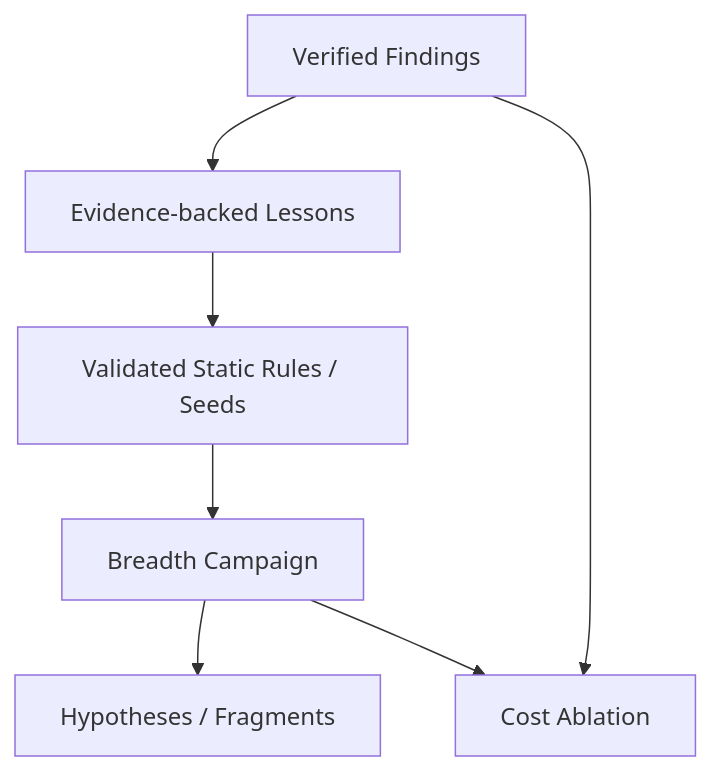
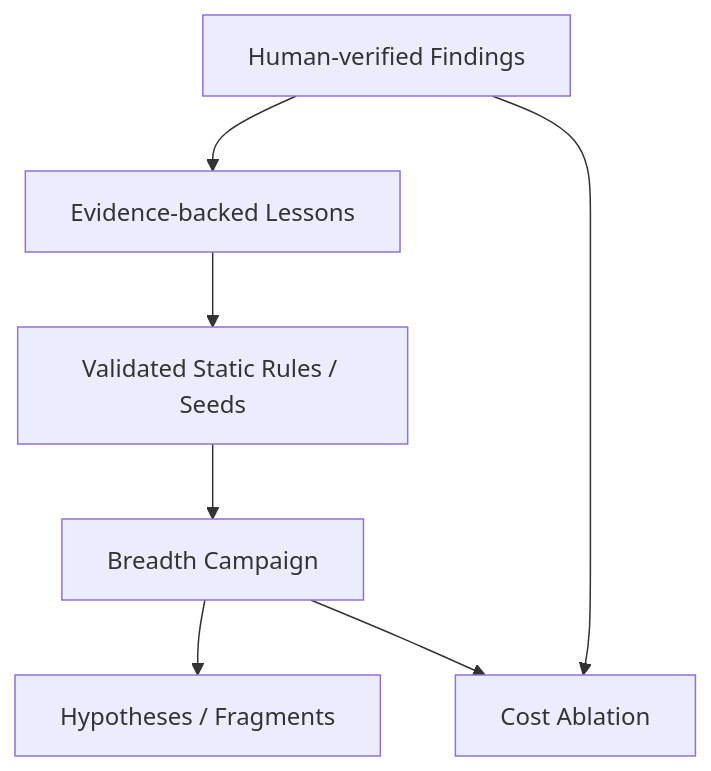
The seventh of 8 diagrams in docs/design/roadmap.md (momoponwork1415-lgtm/wordpress-harness), drawn with Mermaid before and after one commit. The commit also changed other lines of this file and 25 other files, not shown here.

````diff
--- a/docs/design/roadmap.md
+++ b/docs/design/roadmap.md
@@ -137,13 +138,13 @@
 ```mermaid
 flowchart TB
-    findings["Verified Findings"]
+    findings["Human-verified Findings"]
     lessons["Evidence-backed Lessons"]
     rules["Validated Static Rules / Seeds"]
     breadth["Breadth Campaign"]
     candidates["Hypotheses / Fragments"]
     ablation["Cost Ablation"]
 
     findings --> lessons --> rules --> breadth --> candidates
     findings --> ablation
     breadth --> ablation
 ```
````
